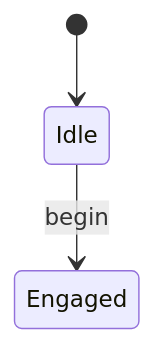
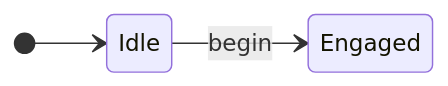
One commit to grancalavera/reactive-recipes changed the first of 3 diagrams in README.md. Above: the diagram before and after it, drawn with Mermaid. The commit also changed other lines of this file, not shown here.

````diff
--- a/README.md
+++ b/README.md
@@ -39,6 +39,7 @@
 ```mermaid
 stateDiagram-v2
+direction LR
 
 [*] --> Idle
 Idle --> Engaged: begin
 ```
````
